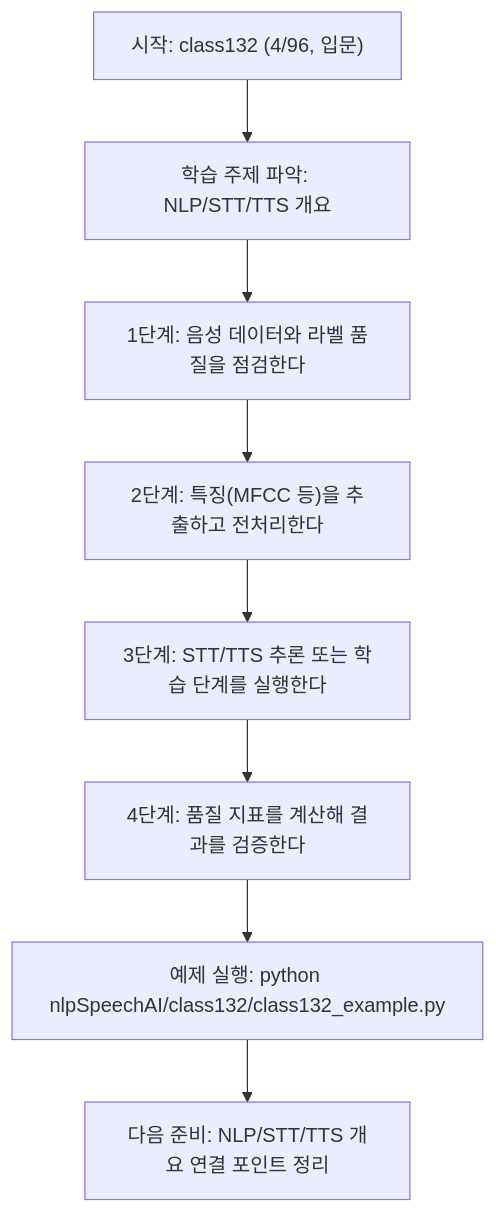
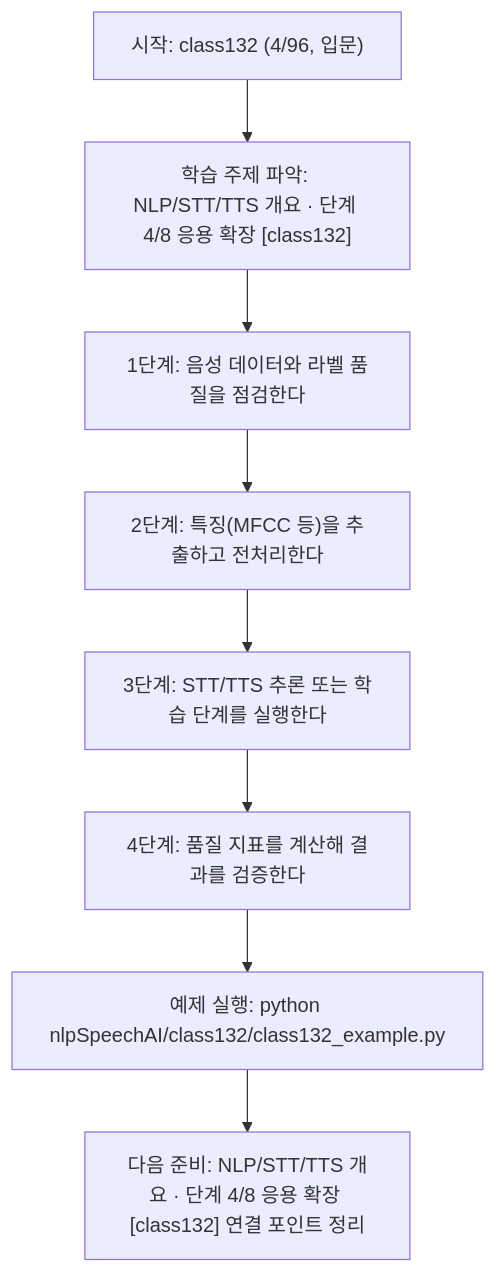
Before and after one commit to edumgt/Python-AI_Agent-Class: the diagram in nlpSpeechAI/class132/class132.md, drawn with Mermaid. The commit also changed other lines of this file and 522 other files, not shown here.

````diff
--- a/nlpSpeechAI/class132/class132.md
+++ b/nlpSpeechAI/class132/class132.md
@@ -114,18 +115,18 @@
 ```mermaid
 flowchart TD
 N1["시작: class132 (4/96, 입문)"]
-N2["학습 주제 파악: NLP/STT/TTS 개요"]
+N2["학습 주제 파악: NLP/STT/TTS 개요 · 단계 4/8 응용 확장 [class132]"]
 N3["1단계: 음성 데이터와 라벨 품질을 점검한다"]
 N4["2단계: 특징(MFCC 등)을 추출하고 전처리한다"]
 N5["3단계: STT/TTS 추론 또는 학습 단계를 실행한다"]
 N6["4단계: 품질 지표를 계산해 결과를 검증한다"]
 N7["예제 실행: python nlpSpeechAI/class132/class132_example.py"]
-N8["다음 준비: NLP/STT/TTS 개요 연결 포인트 정리"]
+N8["다음 준비: NLP/STT/TTS 개요 · 단계 4/8 응용 확장 [class132] 연결 포인트 정리"]
 N1 --> N2
 N2 --> N3
 N3 --> N4
 N4 --> N5
 N5 --> N6
 N6 --> N7
 N7 --> N8
 ```
````
